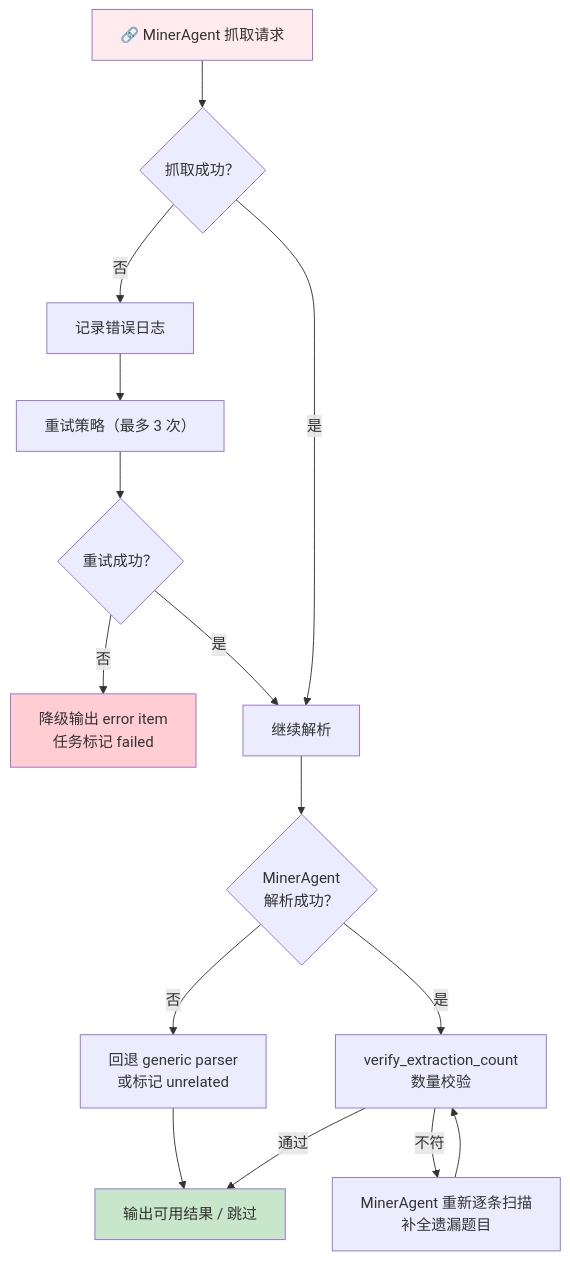
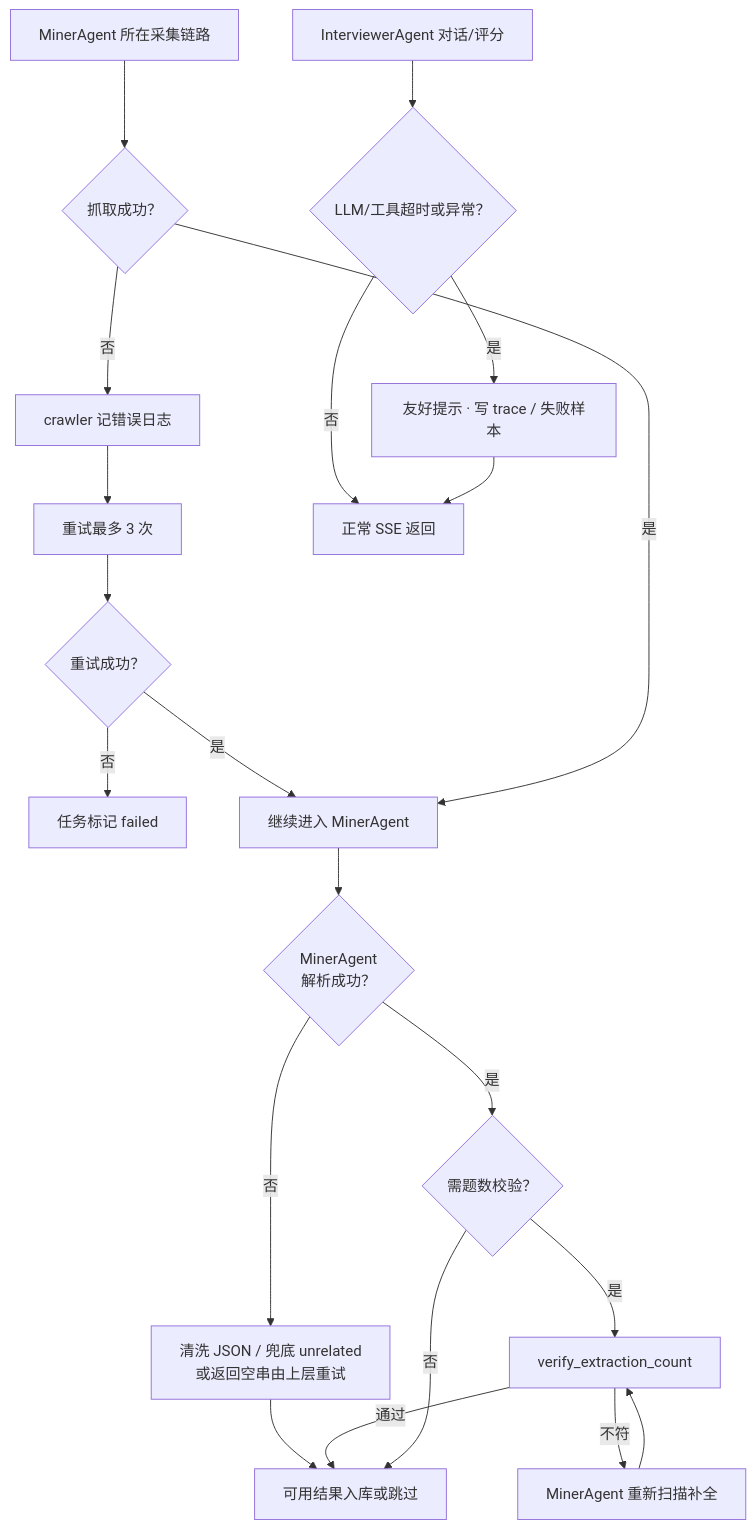
One commit to Wangxr126/InterviewExperienceCrawlerAgent changed the second of 6 diagrams in README.md. Above: the diagram before and after it, drawn with Mermaid. The commit also changed other lines of this file and 47 other files, not shown here.

Commit message:
图片修复

````diff
--- a/README.md
+++ b/README.md
@@ -210,20 +179,24 @@
 ```mermaid
 flowchart TD
-    A["🔗 MinerAgent 抓取请求"] --> B{"抓取成功？"}
-    B -->|否| C["记录错误日志"]
-    C --> D["重试策略（最多 3 次）"]
-    D --> E{"重试成功？"}
-    E -->|否| F["降级输出 error item\n任务标记 failed"]
-    E -->|是| G["继续解析"]
-    B -->|是| G
-    G --> H{"MinerAgent\n解析成功？"}
-    H -->|否| I["回退 generic parser\n或标记 unrelated"]
-    I --> J["输出可用结果 / 跳过"]
-    H -->|是| K["verify_extraction_count\n数量校验"]
-    K -->|通过| J
-    K -->|不符| L["MinerAgent 重新逐条扫描\n补全遗漏题目"]
-    L --> K
-    style A fill:#ffebee
-    style F fill:#ffcdd2
-    style J fill:#c8e6c9
+  A["MinerAgent 所在采集链路"] --> B{"抓取成功？"}
+  B -->|否| C["crawler 记错误日志"]
+  C --> D["重试最多 3 次"]
+  D --> E{"重试成功？"}
+  E -->|否| F["任务标记 failed"]
+  E -->|是| G["继续进入 MinerAgent"]
+  B -->|是| G
+  G --> H{"MinerAgent\n解析成功？"}
+  H -->|否| I["清洗 JSON / 兜底 unrelated\n或返回空串由上层重试"]
+  I --> J["可用结果入库或跳过"]
+  H -->|是| K{"需题数校验？"}
+  K -->|是| L["verify_extraction_count"]
+  L -->|不符| M["MinerAgent 重新扫描补全"]
+  M --> L
+  L -->|通过| J
+  K -->|否| J
+
+  P["InterviewerAgent 对话/评分"] --> Q{"LLM/工具超时或异常？"}
+  Q -->|是| R["友好提示 · 写 trace / 失败样本"]
+  Q -->|否| S["正常 SSE 返回"]
+  R --> S
 ```
````
